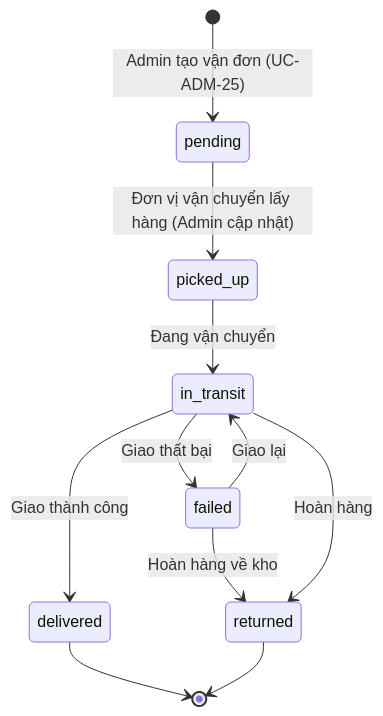
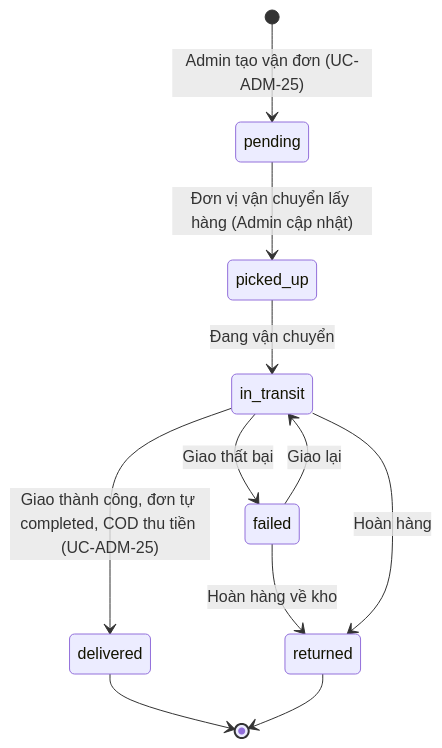
The tenth of 13 diagrams in docs/DAC_TA_CHUC_NANG_THEO_VAI_TRO.md (2431540234-arch/XDUDTMDT), drawn with Mermaid before and after one commit. The commit also changed other lines of this file, not shown here.

````diff
--- a/docs/DAC_TA_CHUC_NANG_THEO_VAI_TRO.md
+++ b/docs/DAC_TA_CHUC_NANG_THEO_VAI_TRO.md
@@ -1867,13 +1891,13 @@
 ```mermaid
 stateDiagram-v2
     [*] --> pending: Admin tạo vận đơn (UC-ADM-25)
     pending --> picked_up: Đơn vị vận chuyển lấy hàng (Admin cập nhật)
     picked_up --> in_transit: Đang vận chuyển
-    in_transit --> delivered: Giao thành công
+    in_transit --> delivered: Giao thành công, đơn tự completed, COD thu tiền (UC-ADM-25)
     in_transit --> failed: Giao thất bại
     failed --> in_transit: Giao lại
     failed --> returned: Hoàn hàng về kho
     in_transit --> returned: Hoàn hàng
     delivered --> [*]
     returned --> [*]
 ```
````
